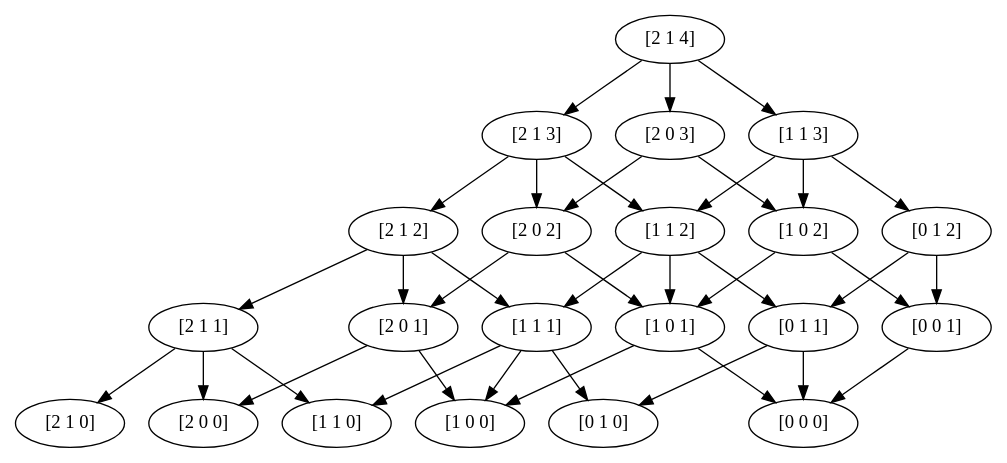
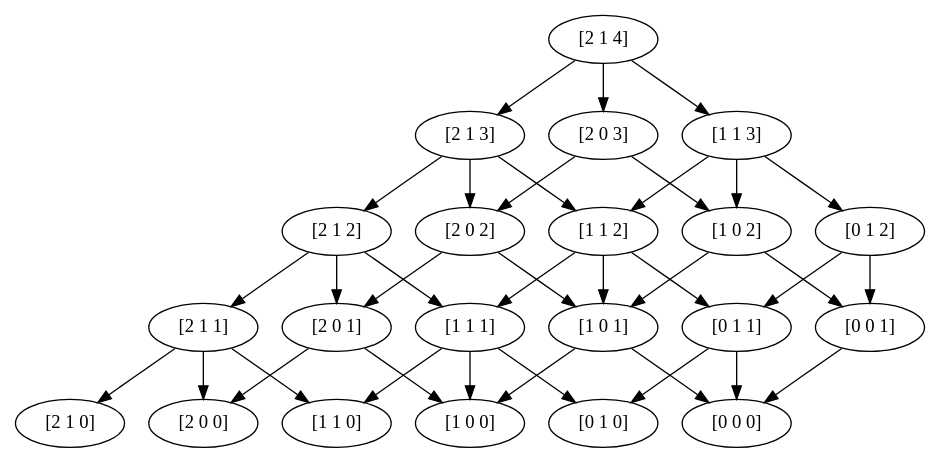
One commit to rb4k/DP-RM-with-storage changed the diagram in test.dot. Above: the diagram before and after it, drawn with Graphviz. The commit also changed 9 other files, not shown here.

```diff
--- a/test.dot
+++ b/test.dot
@@ -21,7 +21,7 @@
 	value=0.0];
 1 -> 5 [key=2,
 goal="[2 0 0]",
-not_best_politic=False,
+not_best_politic=True,
 revenue=200,
 time=1,
 weight=200.0,
@@ -32,7 +32,7 @@
 value=0.0];
 1 -> 10 [key=1,
 goal="[1 1 0]",
-not_best_politic=True,
+not_best_politic=False,
 revenue=100,
 time=1,
 weight=100.0,
@@ -46,7 +46,7 @@
 not_best_politic=True,
 revenue=0,
 time=2,
-weight=0,
+weight=2,
 weight_goal=70.0];
 6 [capacity="[2 0]",
 label="[2 0 1]",
@@ -79,7 +79,7 @@
 not_best_politic=True,
 revenue=0,
 time=3,
-weight=0,
+weight=2,
 weight_goal=138.0];
 7 [capacity="[2 0]",
 label="[2 0 2]",
@@ -112,7 +112,7 @@
 not_best_politic=True,
 revenue=0,
 time=4,
-weight=0,
+weight=2,
 weight_goal=191.688];
 8 [capacity="[2 0]",
 label="[2 0 3]",
@@ -159,7 +159,7 @@
 not_best_politic=False,
 revenue=0,
 time=2,
-weight=0,
+weight=1,
 weight_goal=50.0];
 16 [capacity="[1 0]",
 label="[1 0 1]",
@@ -177,7 +177,7 @@
 not_best_politic=False,
 revenue=0,
 time=3,
-weight=0,
+weight=1,
 weight_goal=100.0];
 17 [capacity="[1 0]",
 label="[1 0 2]",
@@ -199,7 +199,7 @@
 weight_goal=0.0];
 11 -> 15 [key=2,
 goal="[1 0 0]",
-not_best_politic=False,
+not_best_politic=True,
 revenue=200,
 time=1,
 weight=200.0,
@@ -210,7 +210,7 @@
 value=0.0];
 11 -> 20 [key=1,
 goal="[0 1 0]",
-not_best_politic=True,
+not_best_politic=False,
 revenue=100,
 time=1,
 weight=100.0,
@@ -220,7 +220,7 @@
 not_best_politic=True,
 revenue=0,
 time=2,
-weight=0,
+weight=2,
 weight_goal=70.0];
 12 -> 16 [key=2,
 goal="[1 0 1]",
@@ -245,7 +245,7 @@
 not_best_politic=True,
 revenue=0,
 time=3,
-weight=0,
+weight=2,
 weight_goal=113.0];
 13 -> 17 [key=2,
 goal="[1 0 2]",
@@ -288,7 +288,7 @@
 not_best_politic=False,
 revenue=0,
 time=2,
-weight=0,
+weight=1,
 weight_goal=50.0];
 26 [capacity="[0 0]",
 label="[0 0 1]",
@@ -303,14 +303,14 @@
 weight_goal=0.0];
 21 -> 20 [key=0,
 goal="[0 1 0]",
-not_best_politic=True,
+not_best_politic=False,
 revenue=0,
 time=1,
 weight=0,
 weight_goal=0.0];
 21 -> 25 [key=2,
 goal="[0 0 0]",
-not_best_politic=False,
+not_best_politic=True,
 revenue=200,
 time=1,
 weight=200.0,
@@ -320,7 +320,7 @@
 not_best_politic=True,
 revenue=0,
 time=2,
-weight=0,
+weight=2,
 weight_goal=20.0];
 22 -> 26 [key=2,
 goal="[0 0 1]",
```
